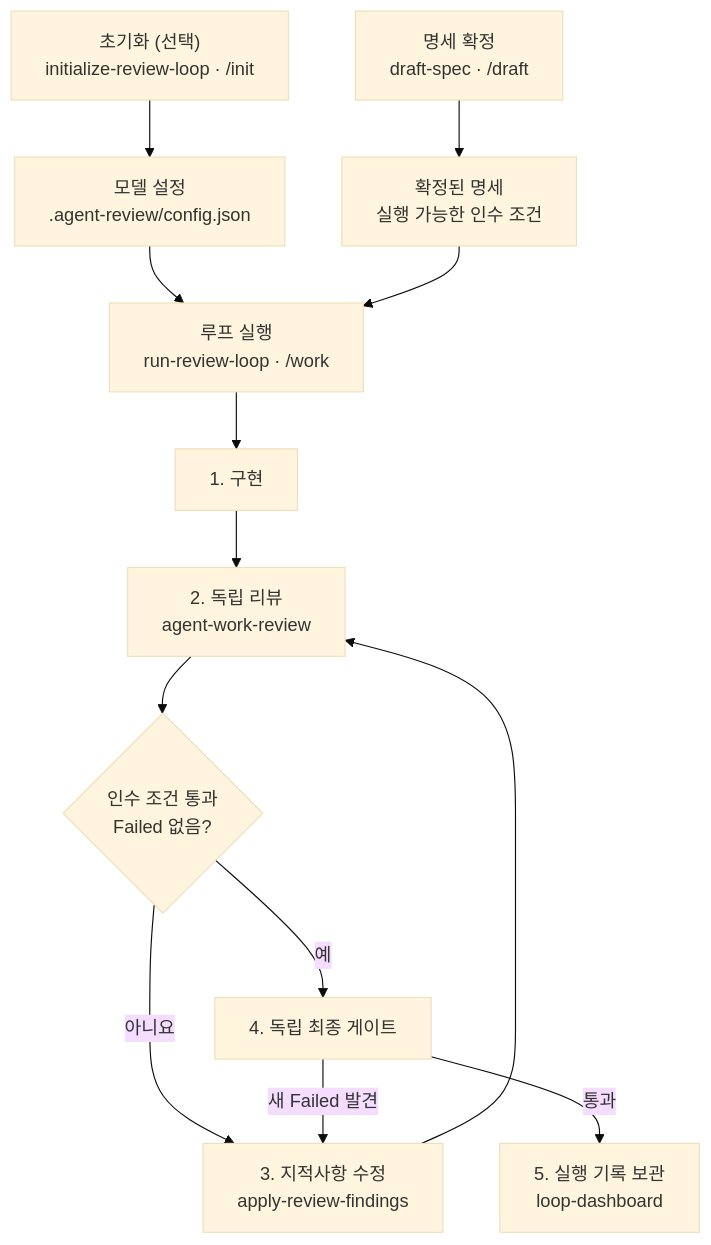
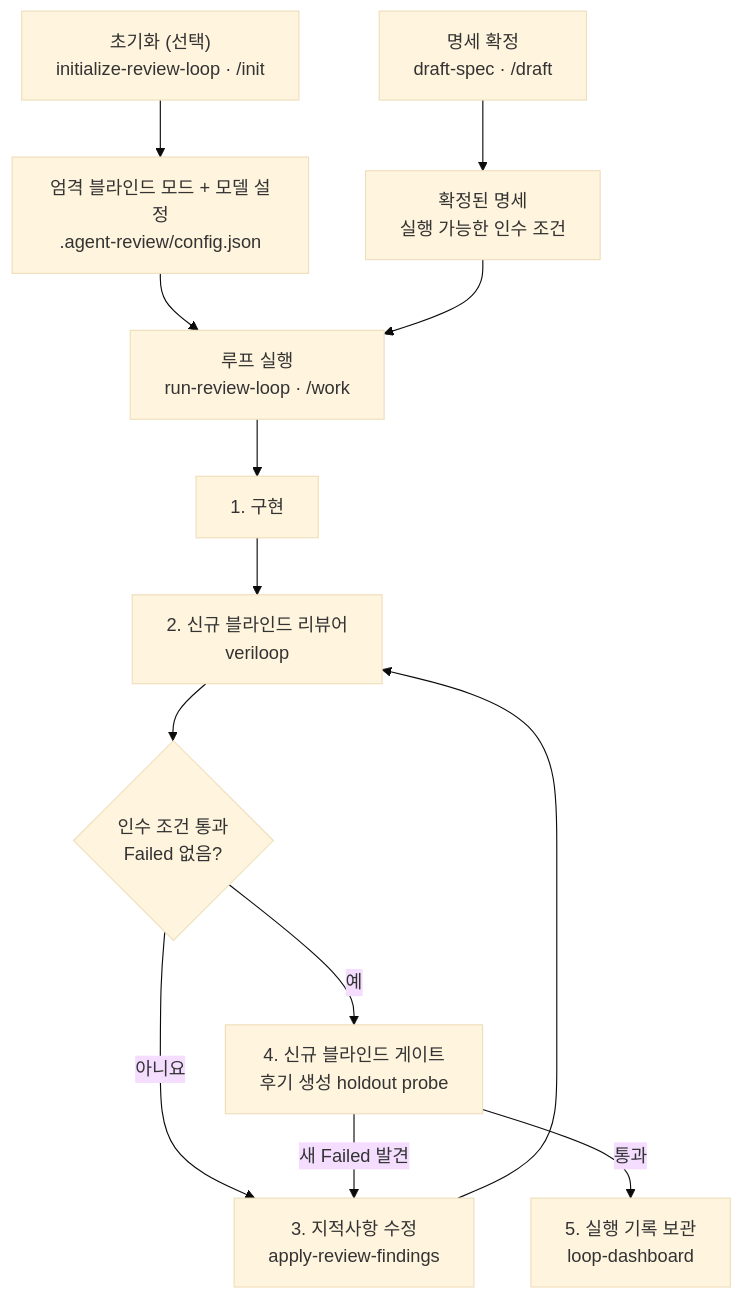
The diagram in README.ko.md (bgun42/review-on-loop), drawn with Mermaid (base theme) before and after one commit. The commit also changed other lines of this file and 24 other files, not shown here.

````diff
--- a/README.ko.md
+++ b/README.ko.md
@@ -11,15 +11,15 @@
 ```mermaid
 flowchart TD
-    Init["초기화 (선택)<br/>initialize-review-loop · /init"] --> State["모델 설정<br/>.agent-review/config.json"]
+    Init["초기화 (선택)<br/>initialize-review-loop · /init"] --> State["엄격 블라인드 모드 + 모델 설정<br/>.agent-review/config.json"]
     Draft["명세 확정<br/>draft-spec · /draft"] --> Spec["확정된 명세<br/>실행 가능한 인수 조건"]
     State --> Run["루프 실행<br/>run-review-loop · /work"]
     Spec --> Run
     Run --> Develop["1. 구현"]
-    Develop --> Review["2. 독립 리뷰<br/>agent-work-review"]
+    Develop --> Review["2. 신규 블라인드 리뷰어<br/>veriloop"]
     Review --> Decision{"인수 조건 통과<br/>Failed 없음?"}
     Decision -- "아니요" --> Fix["3. 지적사항 수정<br/>apply-review-findings"]
     Fix --> Review
-    Decision -- "예" --> Gate["4. 독립 최종 게이트"]
+    Decision -- "예" --> Gate["4. 신규 블라인드 게이트<br/>후기 생성 holdout probe"]
     Gate -- "새 Failed 발견" --> Fix
     Gate -- "통과" --> Archive["5. 실행 기록 보관<br/>loop-dashboard"]
 ```
````
